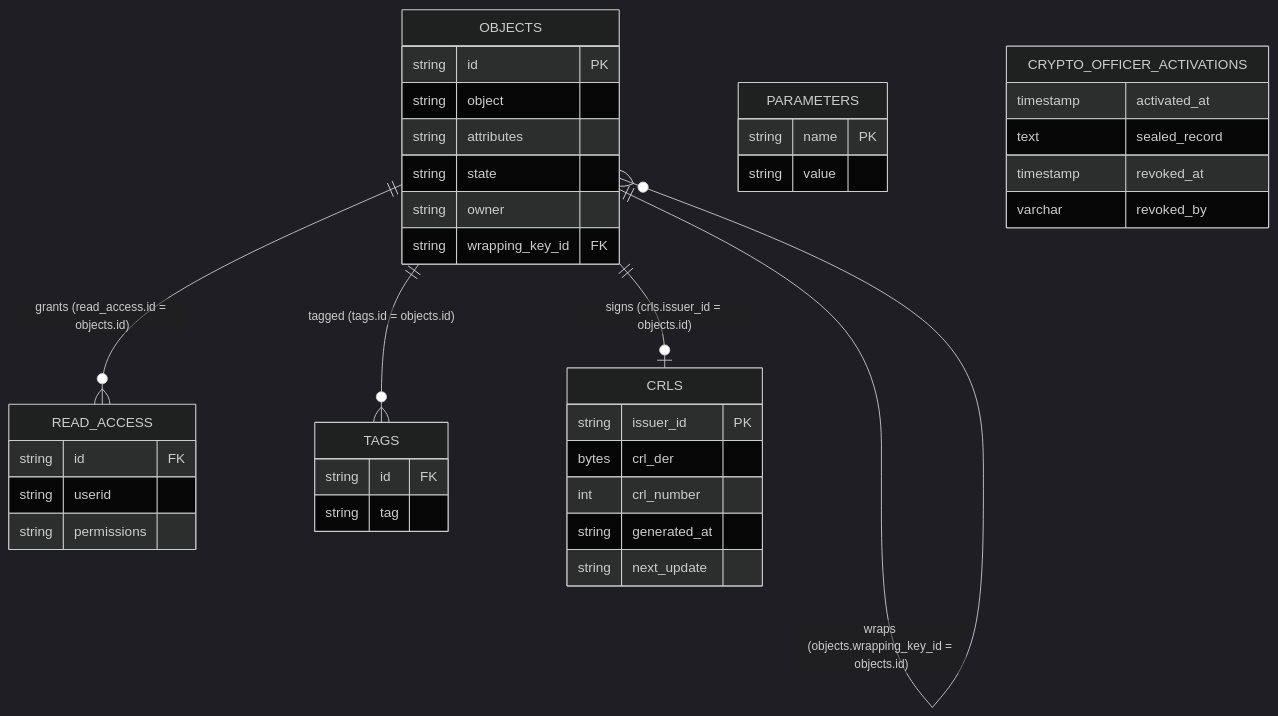
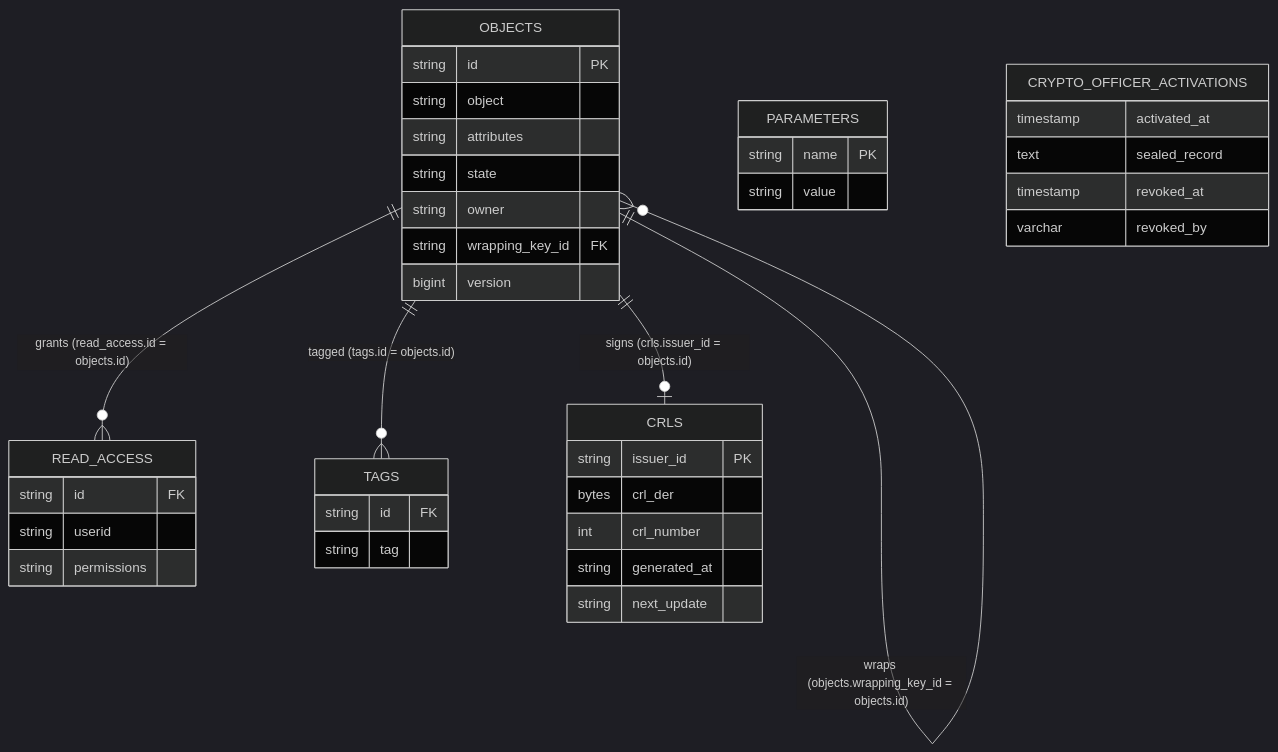
One commit to Cosmian/kms changed the diagram in documentation/docs/configuration/database/tables.md. Above: the diagram before and after it, drawn with Mermaid (dark theme). The commit also changed other lines of this file and 23 other files, not shown here.

````diff
--- a/documentation/docs/configuration/database/tables.md
+++ b/documentation/docs/configuration/database/tables.md
@@ -25,41 +25,42 @@
 ```mermaid
 erDiagram
     OBJECTS ||--o{ READ_ACCESS : "grants (read_access.id = objects.id)"
     OBJECTS ||--o{ TAGS : "tagged (tags.id = objects.id)"
     OBJECTS ||--o{ OBJECTS : "wraps (objects.wrapping_key_id = objects.id)"
     OBJECTS ||--o| CRLS : "signs (crls.issuer_id = objects.id)"
     PARAMETERS {
         string name PK
         string value
     }
     OBJECTS {
         string id PK
         string object
         string attributes
         string state
         string owner
         string wrapping_key_id FK
+        bigint version
     }
     READ_ACCESS {
         string id FK
         string userid
         string permissions
     }
     TAGS {
         string id FK
         string tag
     }
     CRLS {
         string issuer_id PK
         bytes  crl_der
         int    crl_number
         string generated_at
         string next_update
     }
     CRYPTO_OFFICER_ACTIVATIONS {
         timestamp activated_at
         text sealed_record
         timestamp revoked_at
         varchar revoked_by
     }
 ```
````
